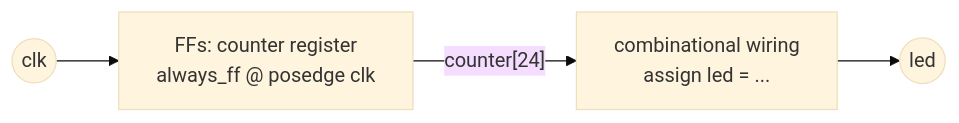
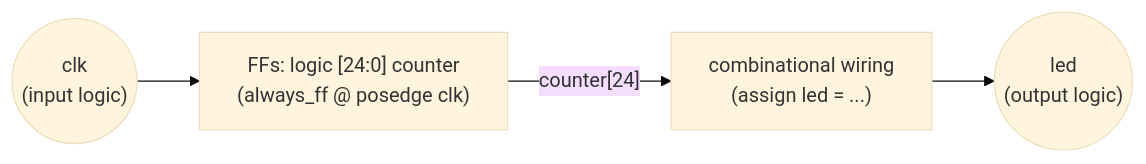
Before and after one commit to sokoide/tangnano_6502_cpu: the third of 3 diagrams in day01/README.md, drawn with Mermaid (base theme). The commit also changed other lines of this file and 23 other files, not shown here.

````diff
--- a/day01/README.md
+++ b/day01/README.md
@@ -171,6 +171,6 @@
 ```mermaid
 flowchart LR
-  CLK((clk)) --> FF["FFs: counter register<br/>always_ff @ posedge clk"]
-  FF -->|"counter[24]"| COMB[combinational wiring<br/>assign led = ...]
-  COMB --> LED((led))
+  CLK(("clk<br/>(input logic)")) --> FF["FFs: logic [24:0] counter<br/>(always_ff @ posedge clk)"]
+  FF -->|"counter[24]"| COMB["combinational wiring<br/>(assign led = ...)"]
+  COMB --> LED(("led<br/>(output logic)"))
 ```
````
